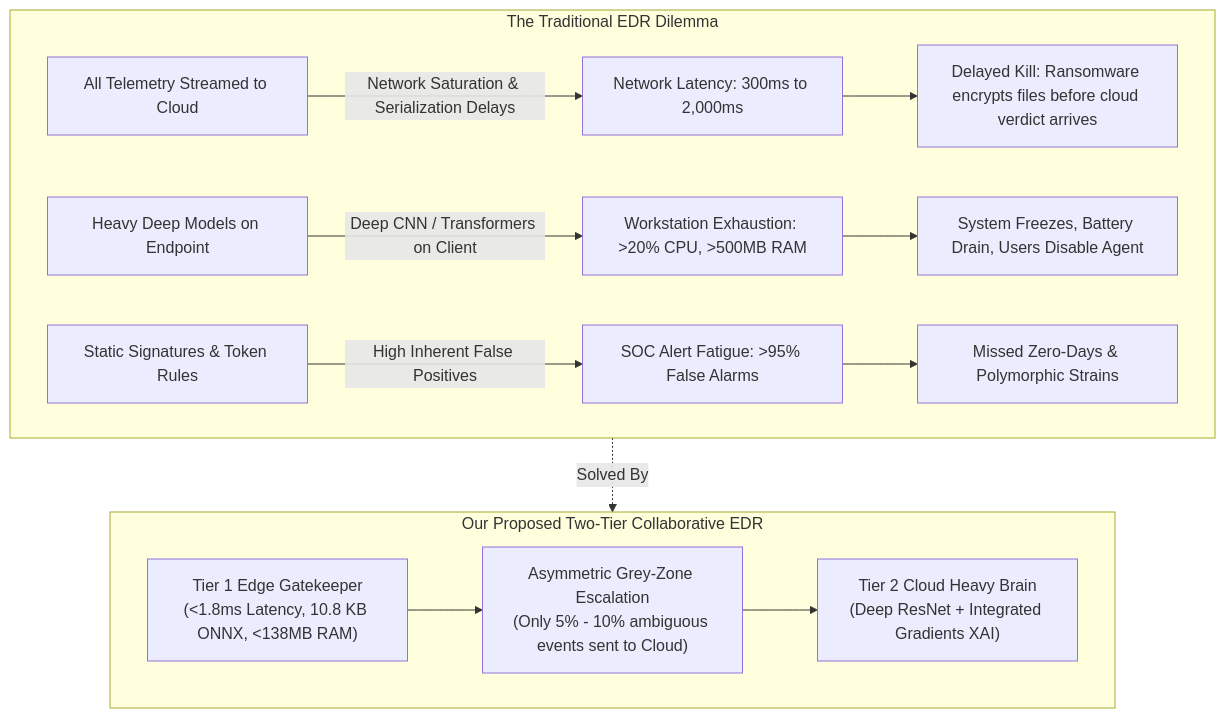
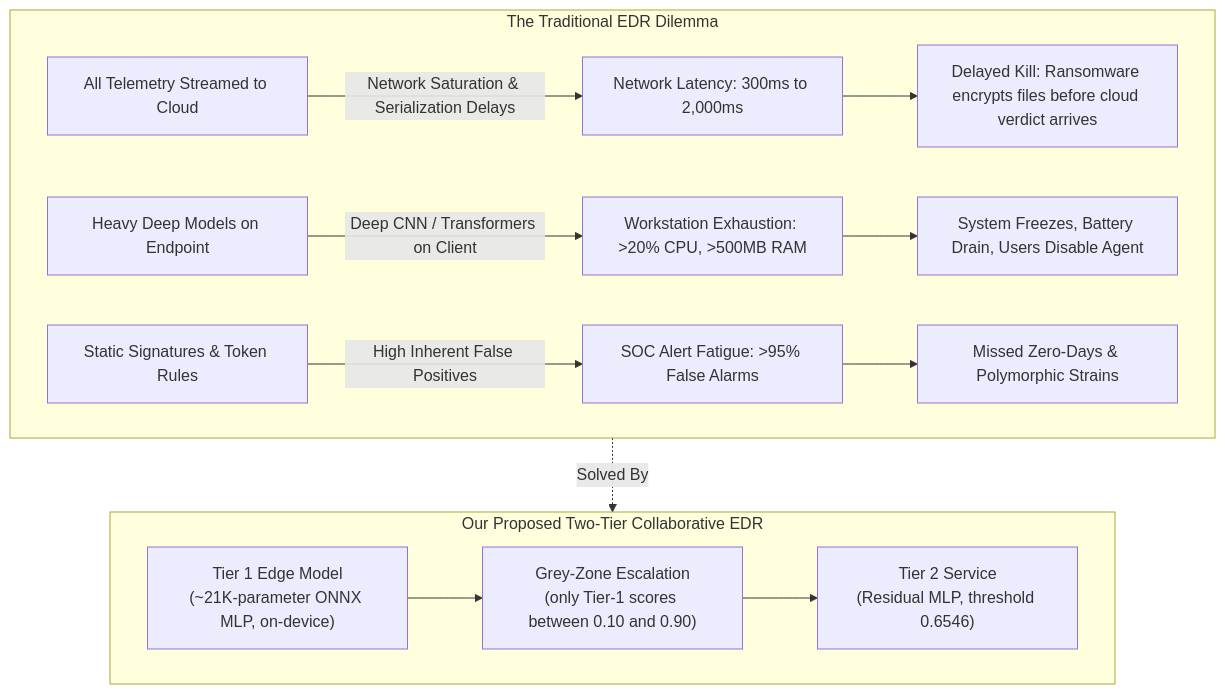
The first of 8 diagrams in README.md (RKG765/Behavioral-Cyber-Resilient-Detection-Framework-for-Early-Detection-of-Ransomware-Attacks), drawn with Mermaid before and after one commit. The commit also changed other lines of this file and 2 other files, not shown here.

First line of the commit message:
Docs: align README and HOW_TO_RUN with the code; fix grey-zone demo

````diff
--- a/README.md
+++ b/README.md
@@ -77,24 +90,24 @@
 ```mermaid
 flowchart TD
     subgraph LegacyProblems["The Traditional EDR Dilemma"]
         A["All Telemetry Streamed to Cloud"] -->|"Network Saturation & Serialization Delays"| B["Network Latency: 300ms to 2,000ms"]
         B --> C["Delayed Kill: Ransomware encrypts files before cloud verdict arrives"]
         
         D["Heavy Deep Models on Endpoint"] -->|"Deep CNN / Transformers on Client"| E["Workstation Exhaustion: >20% CPU, >500MB RAM"]
         E --> F["System Freezes, Battery Drain, Users Disable Agent"]
         
         G["Static Signatures & Token Rules"] -->|"High Inherent False Positives"| H["SOC Alert Fatigue: >95% False Alarms"]
         H --> I["Missed Zero-Days & Polymorphic Strains"]
     end
     
     subgraph ProposedSolution["Our Proposed Two-Tier Collaborative EDR"]
-        J["Tier 1 Edge Gatekeeper\n(<1.8ms Latency, 10.8 KB ONNX, <138MB RAM)"]
-        K["Tier 2 Cloud Heavy Brain\n(Deep ResNet + Integrated Gradients XAI)"]
-        L["Asymmetric Grey-Zone Escalation\n(Only 5% - 10% ambiguous events sent to Cloud)"]
+        J["Tier 1 Edge Model\n(~21K-parameter ONNX MLP, on-device)"]
+        K["Tier 2 Service\n(Residual MLP, threshold 0.6546)"]
+        L["Grey-Zone Escalation\n(only Tier-1 scores between 0.10 and 0.90)"]
         
         J --> L
         L --> K
     end
     
     LegacyProblems -.->|"Solved By"| ProposedSolution
 ```
````
